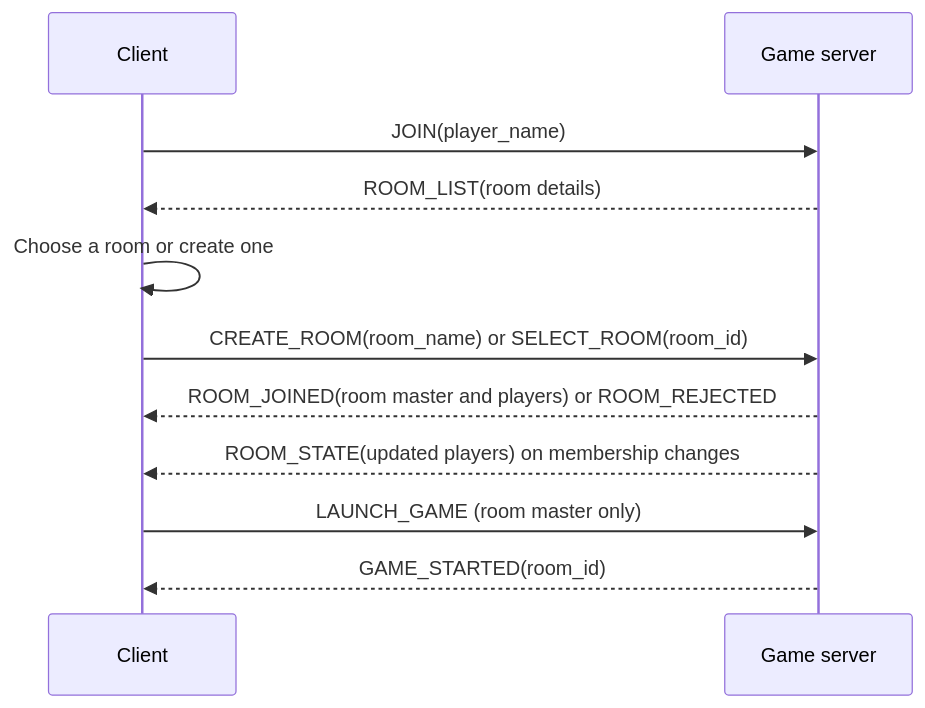
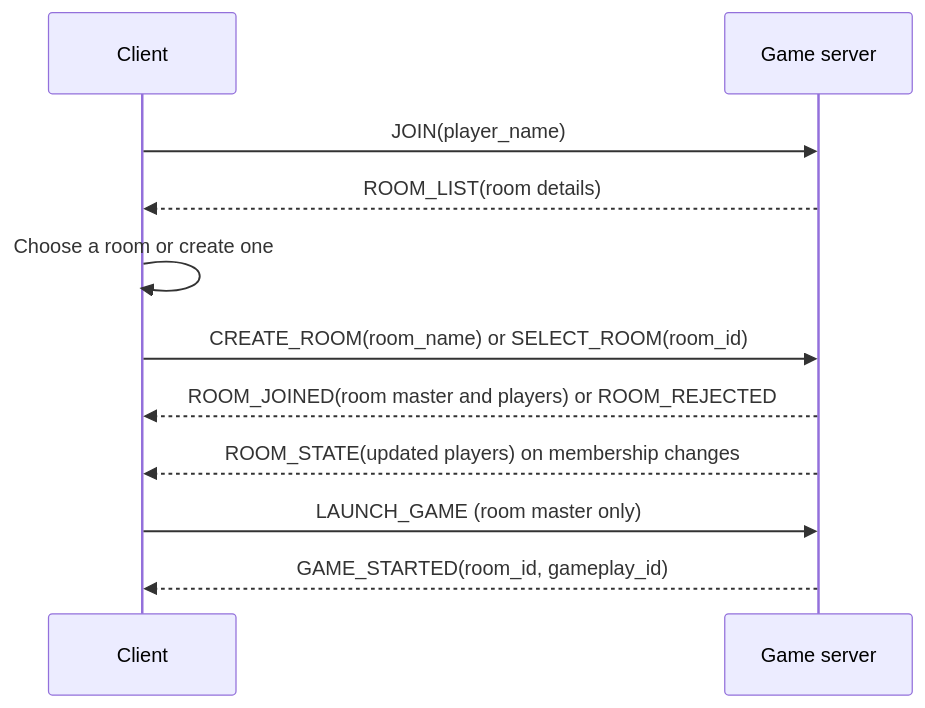
The fourth of 5 diagrams in docs/server_system.md (Haj-Dev/R-Type), drawn with Mermaid before and after one commit. The commit also changed other lines of this file and 31 other files, not shown here.

````diff
--- a/docs/server_system.md
+++ b/docs/server_system.md
@@ -173,14 +185,14 @@
 ```mermaid
 sequenceDiagram
     participant C as Client
     participant G as Game server
 
     C->>G: JOIN(player_name)
     G-->>C: ROOM_LIST(room details)
     C->>C: Choose a room or create one
     C->>G: CREATE_ROOM(room_name) or SELECT_ROOM(room_id)
     G-->>C: ROOM_JOINED(room master and players) or ROOM_REJECTED
     G-->>C: ROOM_STATE(updated players) on membership changes
     C->>G: LAUNCH_GAME (room master only)
-    G-->>C: GAME_STARTED(room_id)
+    G-->>C: GAME_STARTED(room_id, gameplay_id)
 ```
````
